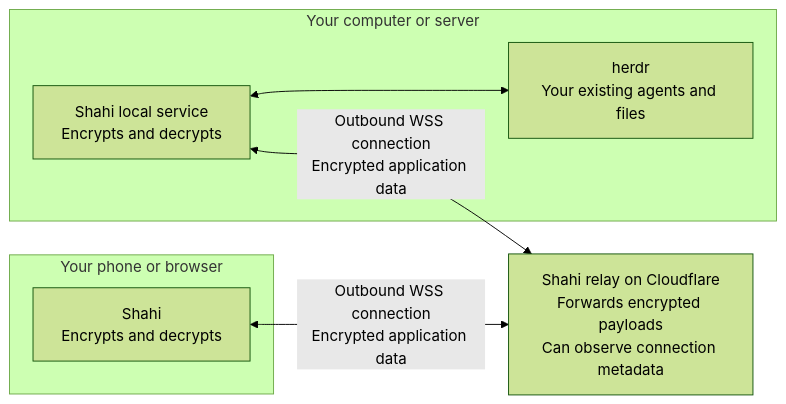
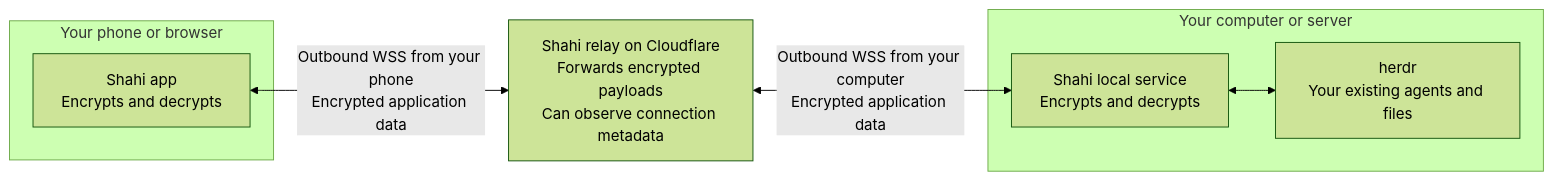
The diagram in README.md (iYassr/shahi), drawn with Mermaid (forest theme) before and after one commit. The commit also changed other lines of this file, not shown here.

````diff
--- a/README.md
+++ b/README.md
@@ -190,14 +190,14 @@
 ```mermaid
 flowchart LR
   subgraph Device["Your phone or browser"]
-    App["Shahi<br/>Encrypts and decrypts"]
+    App["Shahi app<br/>Encrypts and decrypts"]
   end
   Relay["Shahi relay on Cloudflare<br/>Forwards encrypted payloads<br/>Can observe connection metadata"]
   subgraph Computer["Your computer or server"]
     Service["Shahi local service<br/>Encrypts and decrypts"]
     Work["herdr<br/>Your existing agents and files"]
-    Service <--> Work
   end
-  App <-->|"Outbound WSS connection<br/>Encrypted application data"| Relay
-  Service <-->|"Outbound WSS connection<br/>Encrypted application data"| Relay
+  App <-->|"Outbound WSS from your phone<br/>Encrypted application data"| Relay
+  Relay <-->|"Outbound WSS from your computer<br/>Encrypted application data"| Service
+  Service <--> Work
 ```
````
